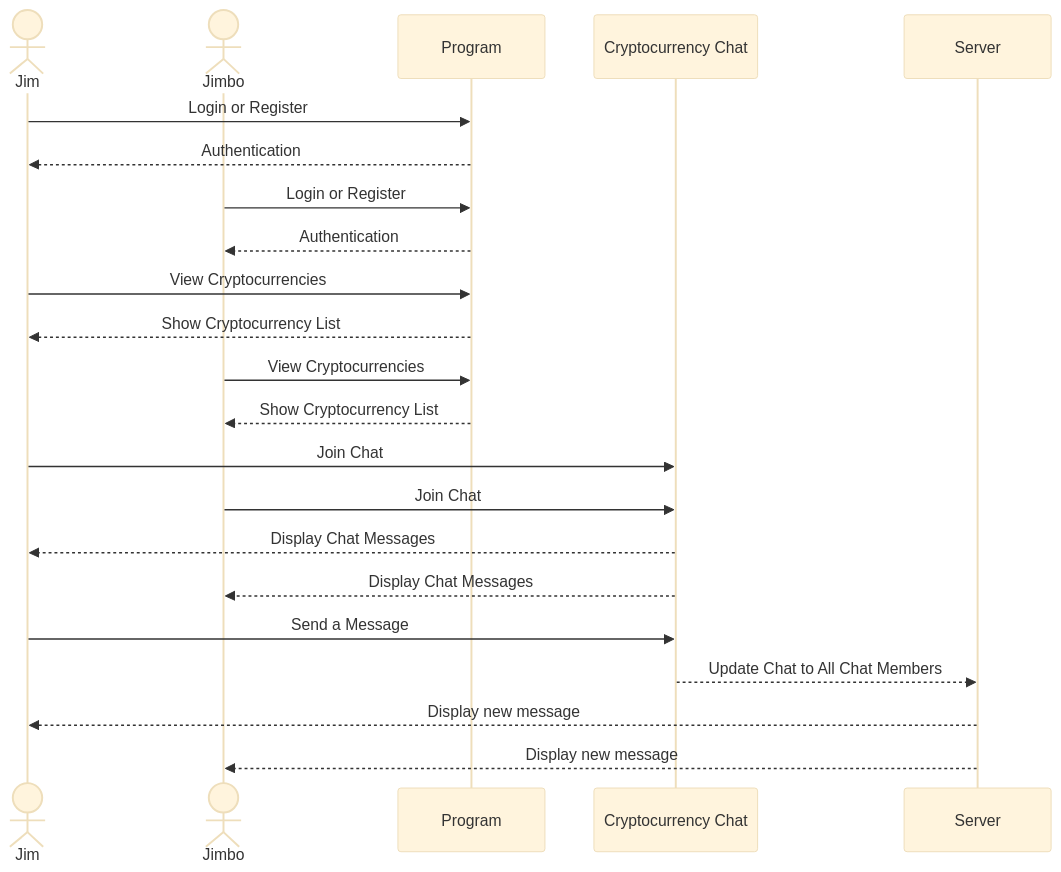
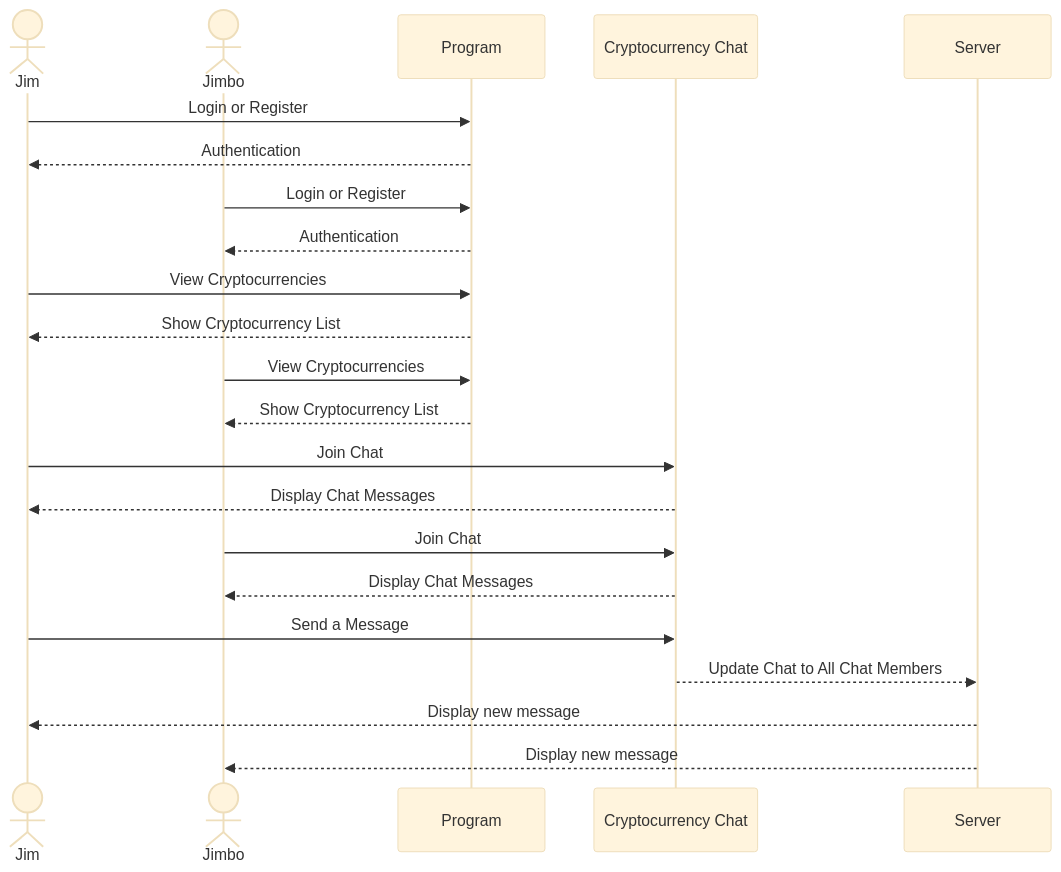
One commit to Zachary-Sheen/startup changed the diagram in README.md. Above: the diagram before and after it, drawn with Mermaid (base theme). The commit also changed other lines of this file, not shown here.

Commit message:
Fixed and made sequence diagram better.

````diff
--- a/README.md
+++ b/README.md
@@ -37,25 +37,25 @@
 ```mermaid
 sequenceDiagram
     actor Jim
     actor Jimbo
     participant Program
     participant Cryptocurrency as Cryptocurrency Chat
     participant Server
     
     Jim->>Program: Login or Register
     Program-->>Jim: Authentication
     Jimbo->>Program: Login or Register
     Program-->>Jimbo: Authentication
     Jim->>Program: View Cryptocurrencies
     Program-->>Jim: Show Cryptocurrency List
     Jimbo->>Program: View Cryptocurrencies
     Program-->>Jimbo: Show Cryptocurrency List
     Jim->>Cryptocurrency: Join Chat
+    Cryptocurrency-->>Jim: Display Chat Messages
     Jimbo->>Cryptocurrency: Join Chat
-    Cryptocurrency-->>Jim: Display Chat Messages
     Cryptocurrency-->>Jimbo: Display Chat Messages
     Jim->>Cryptocurrency: Send a Message
     Cryptocurrency-->>Server: Update Chat to All Chat Members
     Server-->>Jim: Display new message
     Server-->>Jimbo: Display new message
 ```
````
